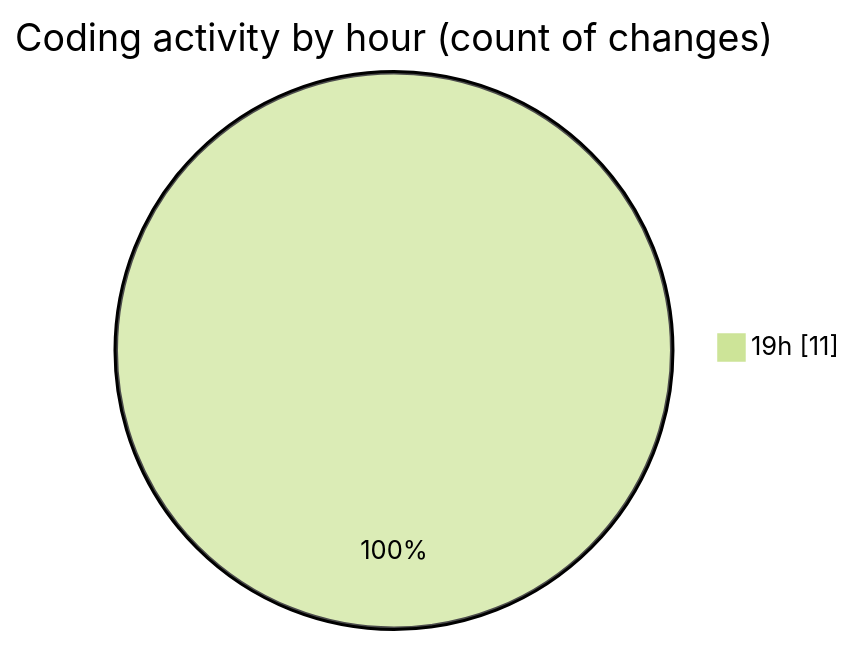
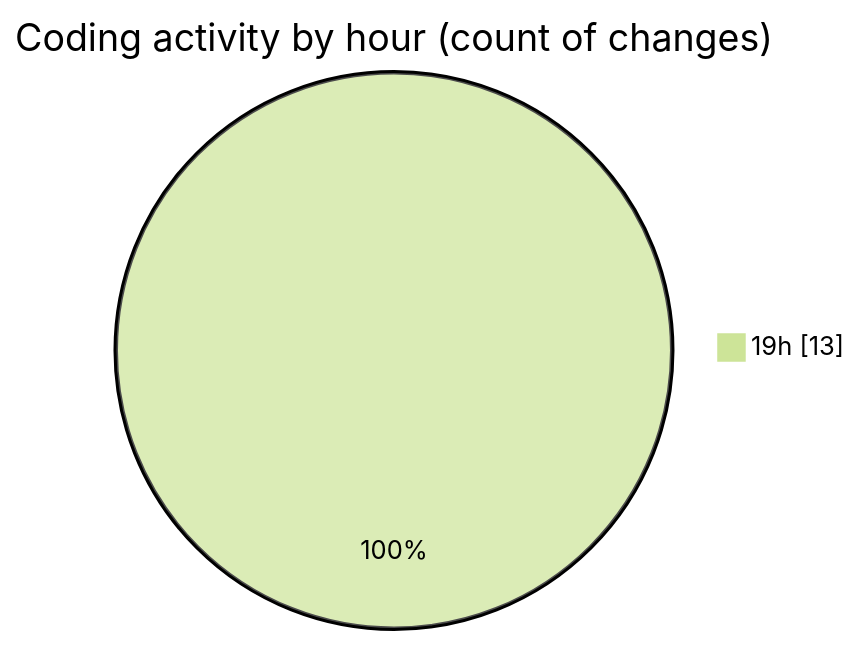
Before and after one commit to momahboobian/code-tracking: the second of 2 diagrams in 2025-11-09/movies/README.md, drawn with Mermaid (forest theme). The commit also changed other lines of this file and 1 other file, not shown here.

````diff
--- a/2025-11-09/movies/README.md
+++ b/2025-11-09/movies/README.md
@@ -34,5 +34,5 @@
 ```mermaid
 pie showData
 title Coding activity by hour (count of changes)
-"19h" : 11
+"19h" : 13
 ```
````
